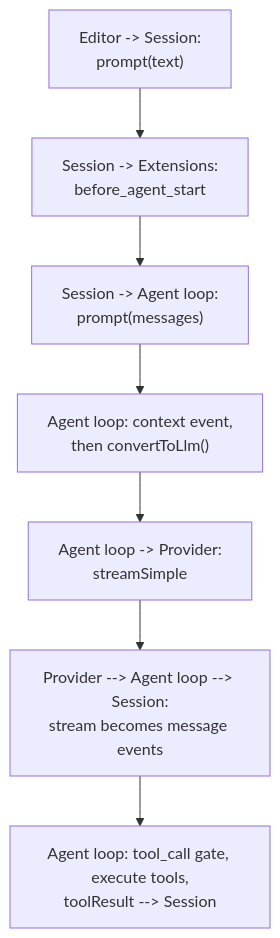
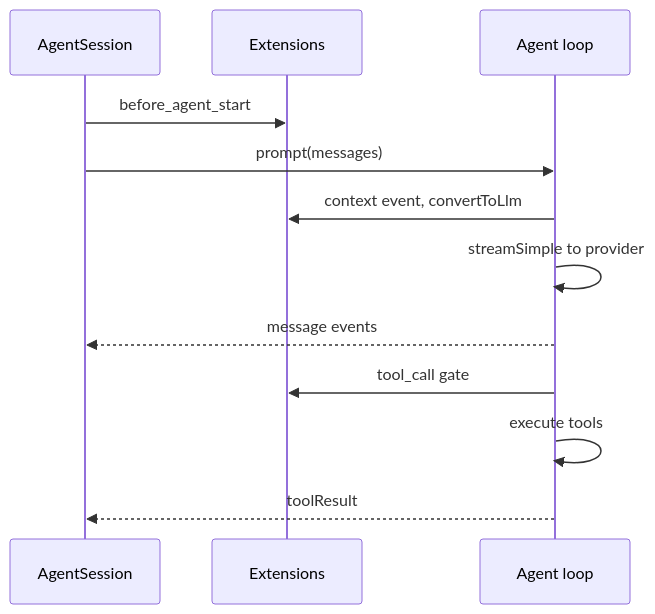
The third of 5 diagrams in developer-guide/23-lifecycle-and-hooks.qmd (lukechen526/pi), drawn with Mermaid before and after one commit. The commit also changed other lines of this file and 3 other files, not shown here.

First line of the commit message:
docs(developer-guide): redesign diagrams in sessions and lifecycle chapters

````diff
--- a/developer-guide/23-lifecycle-and-hooks.qmd
+++ b/developer-guide/23-lifecycle-and-hooks.qmd
@@ -264,13 +278,16 @@
 ```{mermaid}
 %%| label: fig-turn-sequence
-%%| fig-cap: "One turn across stages 3-6: turn construction, context conversion, provider dispatch, and the event stream back to the session."
-flowchart TD
-  N1["Editor -> Session:<br/>prompt(text)"]
-  N2["Session -> Extensions:<br/>before_agent_start"]
-  N3["Session -> Agent loop:<br/>prompt(messages)"]
-  N4["Agent loop: context event,<br/>then convertToLlm()"]
-  N5["Agent loop -> Provider:<br/>streamSimple"]
-  N6["Provider --> Agent loop --> Session:<br/>stream becomes message events"]
-  N7["Agent loop: tool_call gate, execute tools,<br/>toolResult --> Session"]
-  N1 --> N2 --> N3 --> N4 --> N5 --> N6 --> N7
+%%| fig-cap: "One turn across stages 3-6: turn construction, context conversion, provider dispatch, and the event stream back to the session. The turn begins when the editor calls AgentSession.prompt(text)."
+sequenceDiagram
+  participant S as AgentSession
+  participant X as Extensions
+  participant L as Agent loop
+  S->>X: before_agent_start
+  S->>L: prompt(messages)
+  L->>X: context event, convertToLlm
+  L->>L: streamSimple to provider
+  L-->>S: message events
+  L->>X: tool_call gate
+  L->>L: execute tools
+  L-->>S: toolResult
 ```
````
